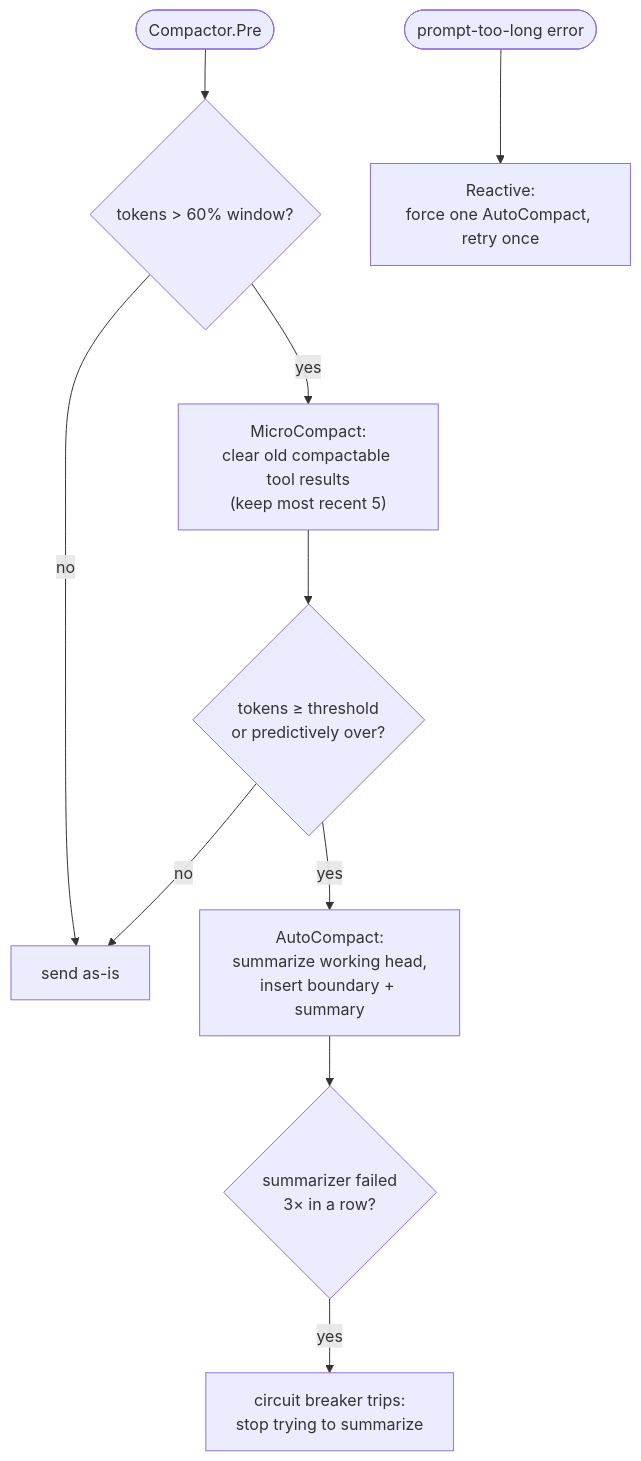
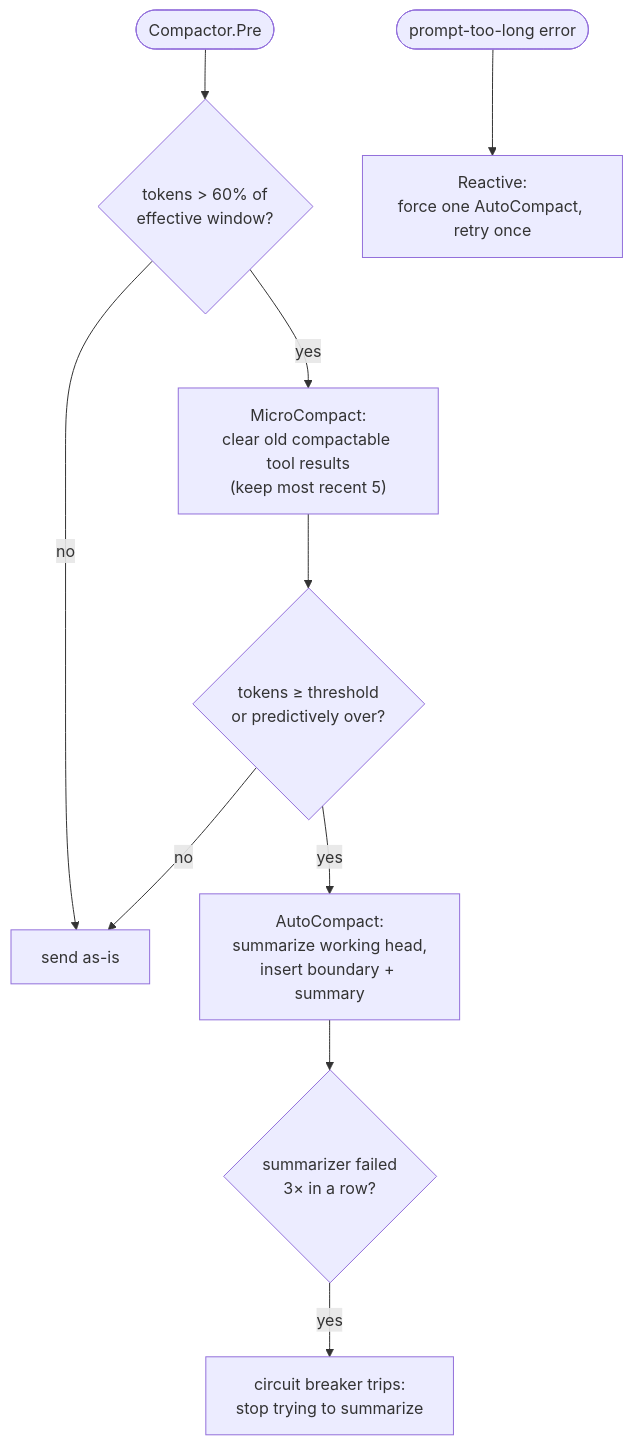
Before and after one commit to 0xmanhnv/Norma: the sixth of 8 diagrams in docs/ARCHITECTURE.md, drawn with Mermaid. The commit also changed other lines of this file and 15 other files, not shown here.

````diff
--- a/docs/ARCHITECTURE.md
+++ b/docs/ARCHITECTURE.md
@@ -298,13 +307,13 @@
 ```mermaid
 flowchart TD
-    Pre([Compactor.Pre]) --> Micro{tokens > 60% window?}
+    Pre([Compactor.Pre]) --> Micro{"tokens > 60% of<br/>effective window?"}
     Micro -->|no| Keep[send as-is]
     Micro -->|yes| MC["MicroCompact:<br/>clear old compactable tool results<br/>(keep most recent 5)"]
     MC --> Auto{tokens ≥ threshold<br/>or predictively over?}
     Auto -->|no| Keep
     Auto -->|yes| AC["AutoCompact:<br/>summarize working head,<br/>insert boundary + summary"]
     AC --> Trip{summarizer failed<br/>3× in a row?}
     Trip -->|yes| Breaker[circuit breaker trips:<br/>stop trying to summarize]
 
     Overflow([prompt-too-long error]) --> Reactive["Reactive:<br/>force one AutoCompact, retry once"]
 ```
````
